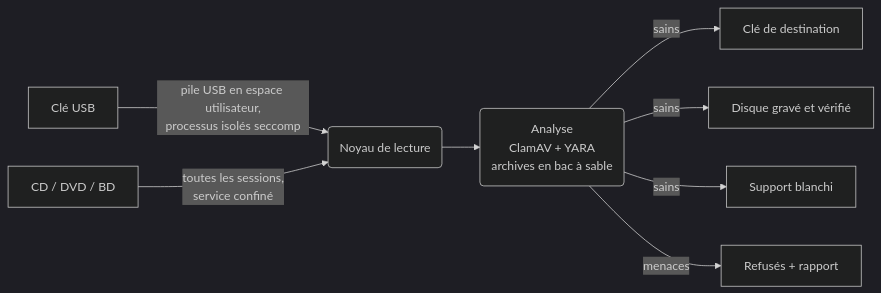
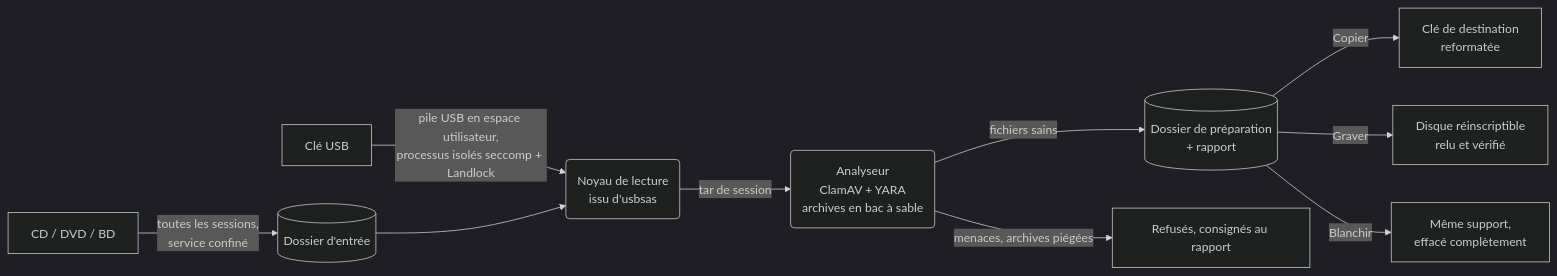
The diagram in README.md (Titouanlvt/Barbacane), drawn with Mermaid (dark theme) before and after one commit. The commit also changed other lines of this file, not shown here.

First line of the commit message:
README : « Comment ça marche » détaillé (deux transferts, lecture isolée, analyse et limites, écriture, disques optiques, défense en profondeur)

````diff
--- a/README.md
+++ b/README.md
@@ -48,10 +50,12 @@
 ```mermaid
 flowchart LR
-    U[Clé USB] -->|pile USB en espace utilisateur,<br>processus isolés seccomp| N(Noyau de lecture)
-    O[CD / DVD / BD] -->|toutes les sessions,<br>service confiné| N
-    N --> X(Analyse<br>ClamAV + YARA<br>archives en bac à sable)
-    X -->|sains| D[Clé de destination]
-    X -->|sains| G[Disque gravé et vérifié]
-    X -->|sains| B[Support blanchi]
-    X -->|menaces| R[Refusés + rapport]
+    U[Clé USB] -->|pile USB en espace utilisateur,<br>processus isolés seccomp + Landlock| N(Noyau de lecture<br>issu d'usbsas)
+    O[CD / DVD / BD] -->|toutes les sessions,<br>service confiné| E[(Dossier d'entrée)]
+    E --> N
+    N -->|tar de session| X(Analyseur<br>ClamAV + YARA<br>archives en bac à sable)
+    X -->|fichiers sains| S[(Dossier de préparation<br>+ rapport)]
+    X -->|menaces, archives piégées| R[Refusés, consignés au rapport]
+    S -->|Copier| D[Clé de destination<br>reformatée]
+    S -->|Graver| G[Disque réinscriptible<br>relu et vérifié]
+    S -->|Blanchir| B[Même support,<br>effacé complètement]
 ```
````
